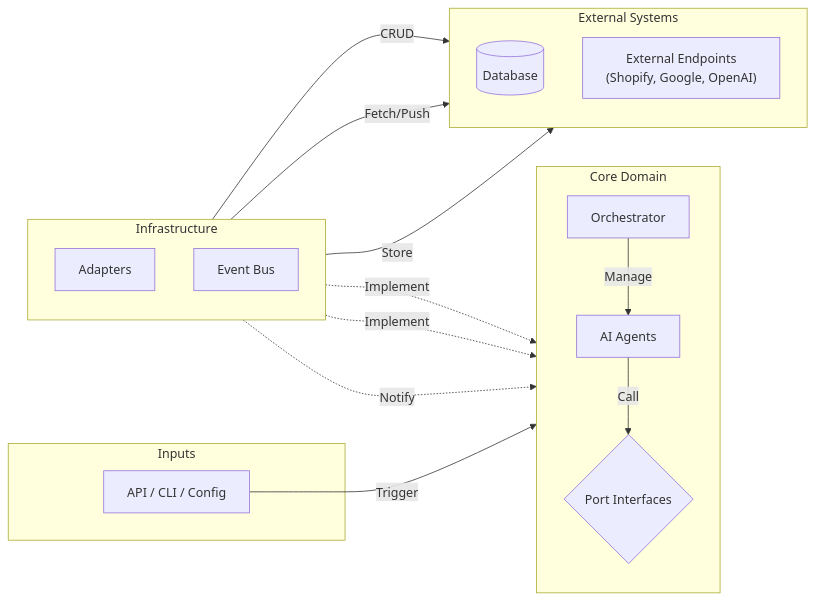
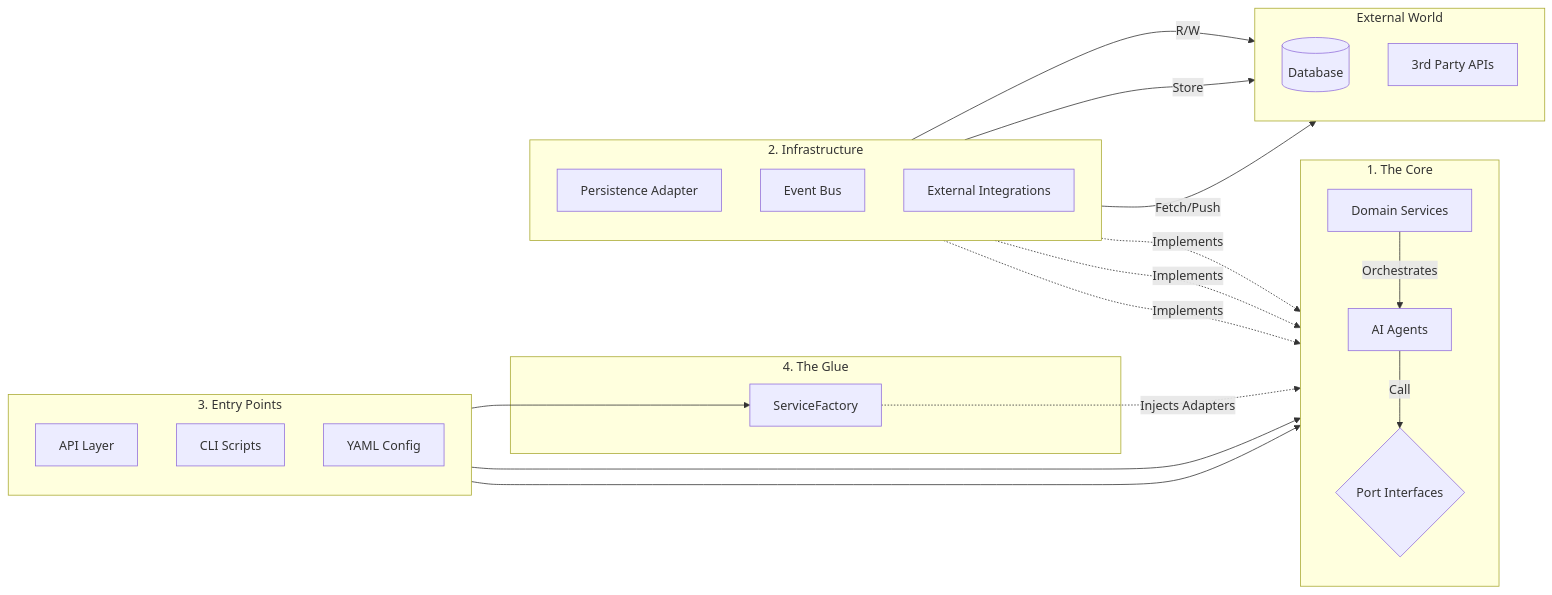
The diagram in Documentation/Reference/ARCHITECTURE_REFERENCE.md (andylelli/ds1), drawn with Mermaid before and after one commit.

````diff
--- a/Documentation/Reference/ARCHITECTURE_REFERENCE.md
+++ b/Documentation/Reference/ARCHITECTURE_REFERENCE.md
@@ -13,39 +13,53 @@
 ```mermaid
 graph LR
-    subgraph Inputs ["Inputs"]
-        Client[API / CLI / Config]
+    subgraph Entry ["3. Entry Points"]
+        direction TB
+        API[API Layer]
+        CLI[CLI Scripts]
+        Config[YAML Config]
     end
 
-    subgraph Core ["Core Domain"]
+    subgraph Glue ["4. The Glue"]
+        Factory[ServiceFactory]
+    end
+
+    subgraph Core ["1. The Core"]
         direction TB
-        Orchestrator[Orchestrator]
+        Services[Domain Services]
         Agents[AI Agents]
         Ports{Port Interfaces}
     end
 
-    subgraph Infra ["Infrastructure"]
+    subgraph Infra ["2. Infrastructure"]
         direction TB
-        Adapters[Adapters]
+        Persistence[Persistence Adapter]
         EventBus[Event Bus]
+        Integrations[External Integrations]
     end
 
-    subgraph External ["External Systems"]
+    subgraph World ["External World"]
         direction TB
         DB[(Database)]
-        Endpoints["External Endpoints<br/>(Shopify, Google, OpenAI)"]
+        APIs[3rd Party APIs]
     end
 
-    %% Data Flow
-    Client -->|Trigger| Orchestrator
-    Orchestrator -->|Manage| Agents
+    %% Configuration & Bootstrap
+    Config --> Factory
+    Factory -.->|Injects Adapters| Agents
+    
+    %% Execution Flow
+    API --> Services
+    CLI --> Services
+    Services -->|Orchestrates| Agents
     Agents -->|Call| Ports
     
-    Adapters -.->|Implement| Ports
-    EventBus -.->|Implement| Ports
+    %% Implementation
+    Persistence -.->|Implements| Ports
+    EventBus -.->|Implements| Ports
+    Integrations -.->|Implements| Ports
     
-    Adapters -->|CRUD| DB
-    Adapters -->|Fetch/Push| Endpoints
-    
+    %% External Connections
+    Persistence -->|R/W| DB
     EventBus -->|Store| DB
-    EventBus -.->|Notify| Agents
+    Integrations -->|Fetch/Push| APIs
 ```
````
